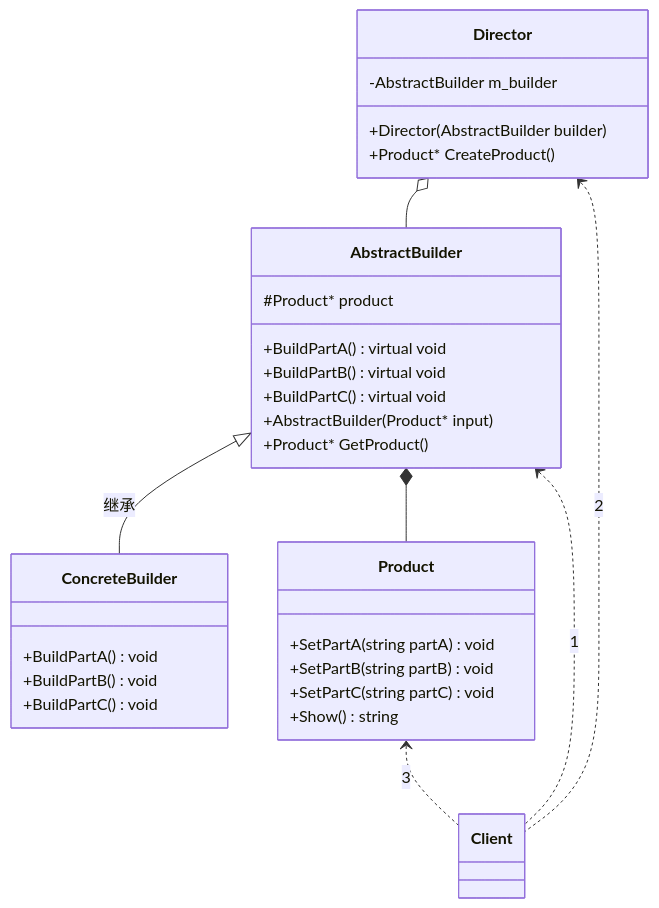
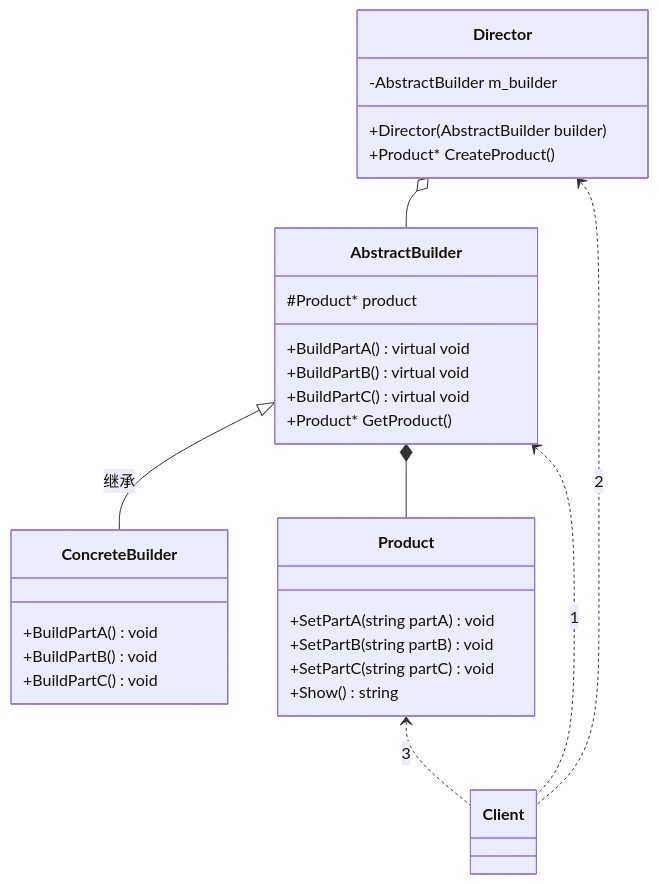
Before and after one commit to ha-hia/Study: the diagram in Note/GoF23/code/src/Builder/Builder.md, drawn with Mermaid. The commit also changed 3 other files, not shown here.

````diff
--- a/Note/GoF23/code/src/Builder/Builder.md
+++ b/Note/GoF23/code/src/Builder/Builder.md
@@ -6,38 +6,38 @@
 ```mermaid
 classDiagram
 class AbstractBuilder{
 	+BuildPartA() virtual void
 	+BuildPartB() virtual void
 	+BuildPartC() virtual void
-	+AbstractBuilder(Product* input)
 	+Product* GetProduct() 
 	#Product* product
 }
 class ConcreteBuilder{
 	+BuildPartA()  void
 	+BuildPartB()  void
 	+BuildPartC()  void
 }
 class Product{
 	+SetPartA(string partA) void
 	+SetPartB(string partB) void
 	+SetPartC(string partC) void
 	+Show() string
 }
 class Director{
 	-AbstractBuilder m_builder
 	+Director(AbstractBuilder builder)
 	+Product* CreateProduct() 
 }
 
 AbstractBuilder <|-- ConcreteBuilder : 继承
 Director o-- AbstractBuilder
 AbstractBuilder  *-- Product
 
 class Client{
 	
 }
 AbstractBuilder <.. Client : 1
 Director <.. Client : 2
 Product <.. Client : 3
+
 ```
````
